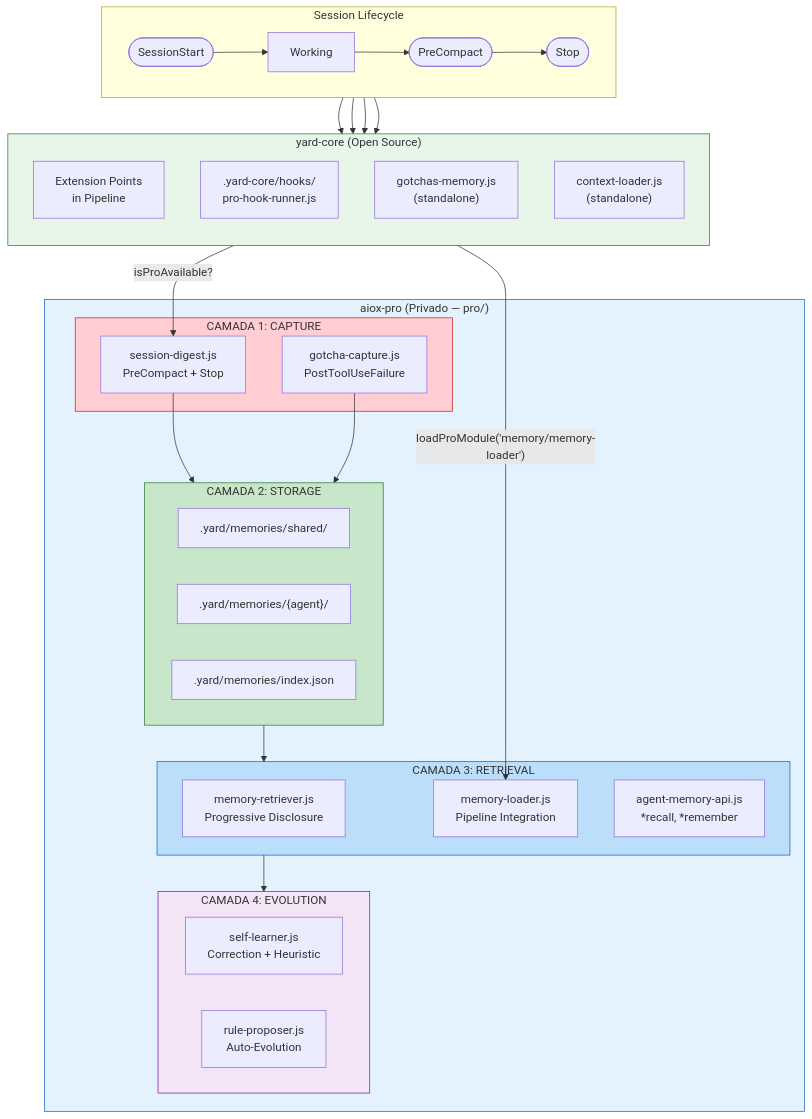
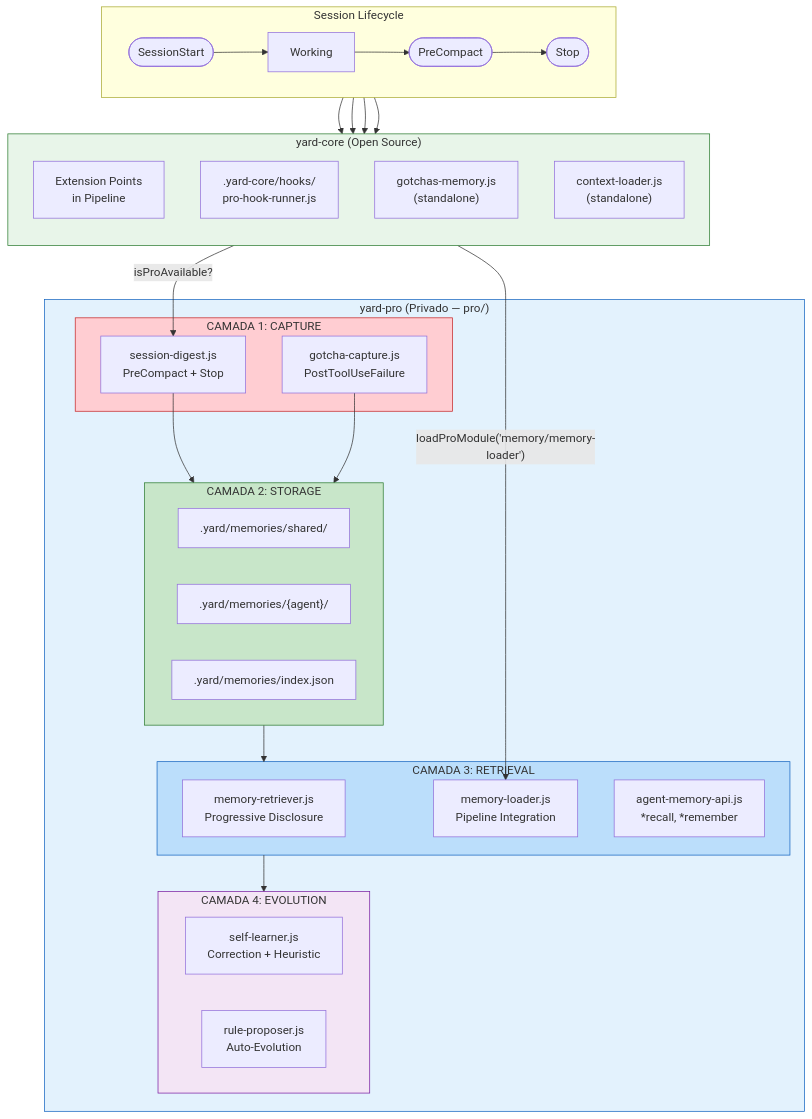
The second of 11 diagrams in docs/guides/MEMORY-INTELLIGENCE-SYSTEM.md (ernesto-langa/yard-core), drawn with Mermaid before and after one commit. The commit also changed other lines of this file and 529 other files, not shown here.

````diff
--- a/docs/guides/MEMORY-INTELLIGENCE-SYSTEM.md
+++ b/docs/guides/MEMORY-INTELLIGENCE-SYSTEM.md
@@ -292,59 +292,59 @@
 ```mermaid
 flowchart TB
     subgraph SESSION["Session Lifecycle"]
         direction LR
         SS([SessionStart]) --> WORK[Working] --> PC([PreCompact]) --> STOP([Stop])
     end
 
     subgraph CORE_BOUNDARY["yard-core (Open Source)"]
         direction TB
         EXT["Extension Points<br/>in Pipeline"]
         HOOK_RUNNER[".yard-core/hooks/<br/>pro-hook-runner.js"]
         GOTCHAS["gotchas-memory.js<br/>(standalone)"]
         CTX_LOADER["context-loader.js<br/>(standalone)"]
     end
 
-    subgraph PRO_BOUNDARY["aiox-pro (Privado — pro/)"]
+    subgraph PRO_BOUNDARY["yard-pro (Privado — pro/)"]
         subgraph CAPTURE["CAMADA 1: CAPTURE"]
             C1["session-digest.js<br/>PreCompact + Stop"]
             C2["gotcha-capture.js<br/>PostToolUseFailure"]
         end
 
         subgraph STORAGE["CAMADA 2: STORAGE"]
             ST1[".yard/memories/shared/"]
             ST2[".yard/memories/{agent}/"]
             ST3[".yard/memories/index.json"]
         end
 
         subgraph RETRIEVAL["CAMADA 3: RETRIEVAL"]
             R1["memory-retriever.js<br/>Progressive Disclosure"]
             R2["memory-loader.js<br/>Pipeline Integration"]
             R3["agent-memory-api.js<br/>*recall, *remember"]
         end
 
         subgraph EVOLUTION["CAMADA 4: EVOLUTION"]
             E1["self-learner.js<br/>Correction + Heuristic"]
             E2["rule-proposer.js<br/>Auto-Evolution"]
         end
     end
 
     PC --> HOOK_RUNNER
     STOP --> HOOK_RUNNER
     HOOK_RUNNER -->|"isProAvailable?"| C1
     WORK --> GOTCHAS
 
     C1 --> STORAGE
     C2 --> STORAGE
     STORAGE --> RETRIEVAL
     RETRIEVAL --> EVOLUTION
 
     SS --> EXT
     EXT -->|"loadProModule('memory/memory-loader')"| R2
 
     style CORE_BOUNDARY fill:#E8F5E9,stroke:#2E7D32
     style PRO_BOUNDARY fill:#E3F2FD,stroke:#1565C0
     style CAPTURE fill:#FFCDD2,stroke:#C62828
     style STORAGE fill:#C8E6C9,stroke:#2E7D32
     style RETRIEVAL fill:#BBDEFB,stroke:#1565C0
     style EVOLUTION fill:#F3E5F5,stroke:#7B1FA2
 ```
````
